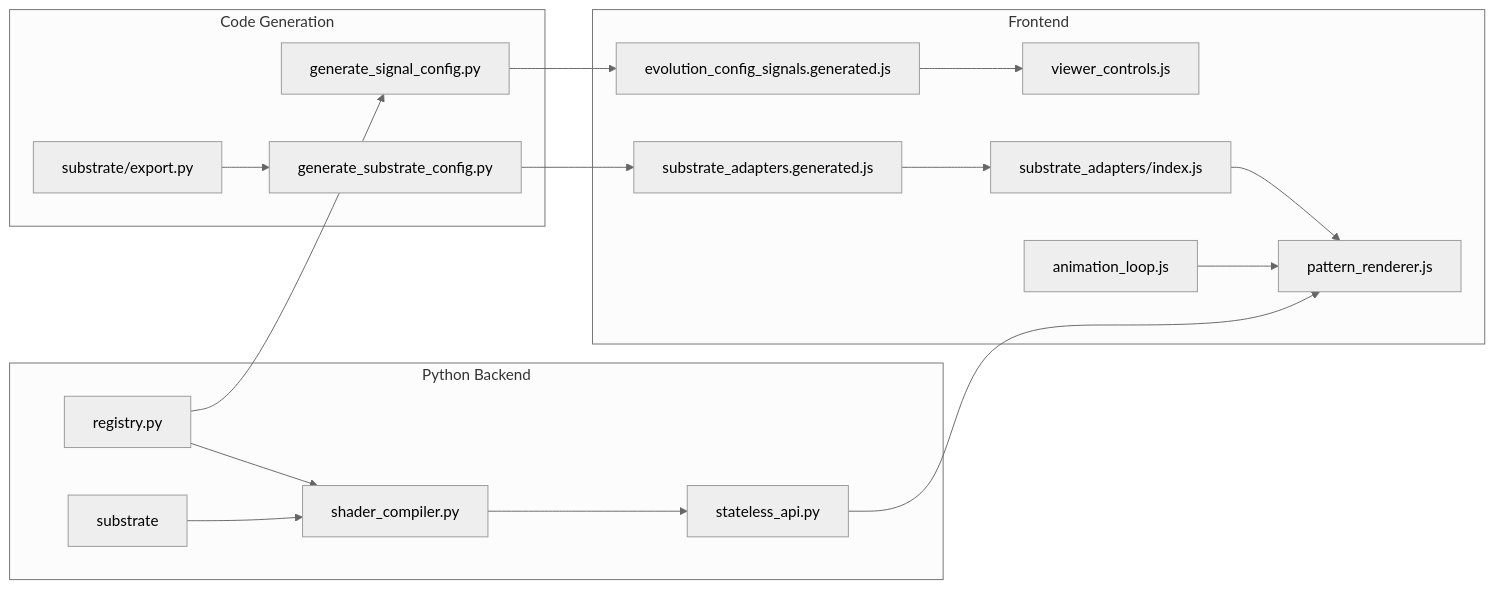
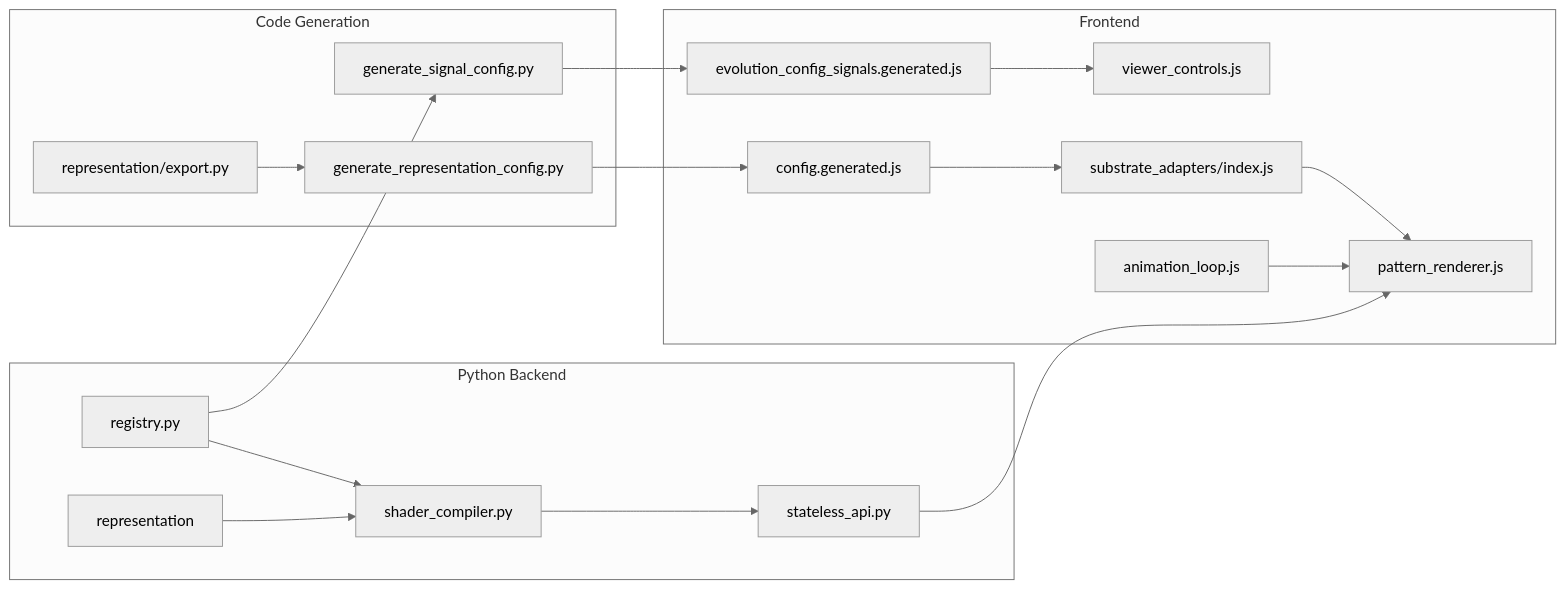
The diagram in RESEARCHER_GUIDE.md (KeithPatarroyo/eyecatcher), drawn with Mermaid (neutral theme) before and after one commit. The commit also changed other lines of this file and 18 other files, not shown here.

````diff
--- a/RESEARCHER_GUIDE.md
+++ b/RESEARCHER_GUIDE.md
@@ -37,24 +38,24 @@
 ```mermaid
 flowchart LR
     subgraph python [Python Backend]
         Signals[registry.py] --> ShaderCompiler[shader_compiler.py]
-        Substrate[substrate]
-        Substrate --> ShaderCompiler
+        Rep[representation]
+        Rep --> ShaderCompiler
         ShaderCompiler --> API[stateless_api.py]
     end
 
     subgraph codegen [Code Generation]
         Signals --> GenSignals[generate_signal_config.py]
-        SubExport[substrate/export.py] --> GenSub[generate_substrate_config.py]
+        RepExport[representation/export.py] --> GenRep[generate_representation_config.py]
     end
 
     subgraph frontend [Frontend]
         GenSignals --> EvConfig[evolution_config_signals.generated.js]
-        GenSub --> SubConfig[substrate_adapters.generated.js]
+        GenRep --> SubConfig[config.generated.js]
         EvConfig --> ViewerControls[viewer_controls.js]
         SubConfig --> AdapterRegistry[substrate_adapters/index.js]
         AdapterRegistry --> PatternRenderer[pattern_renderer.js]
         AnimLoop[animation_loop.js] --> PatternRenderer
         API --> PatternRenderer
     end
 ```
````
